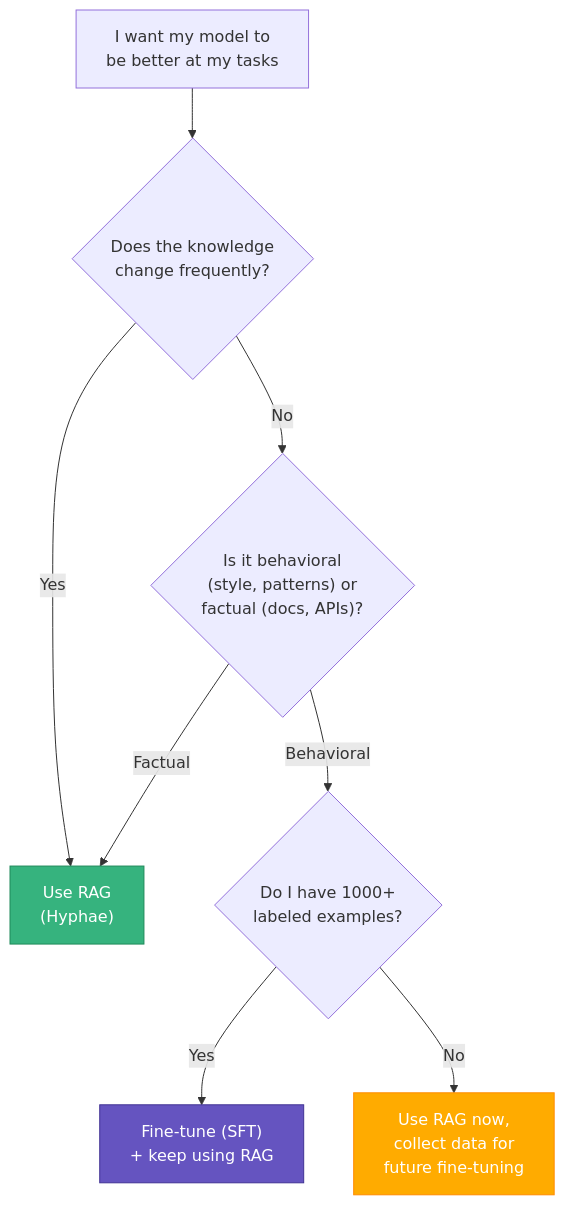
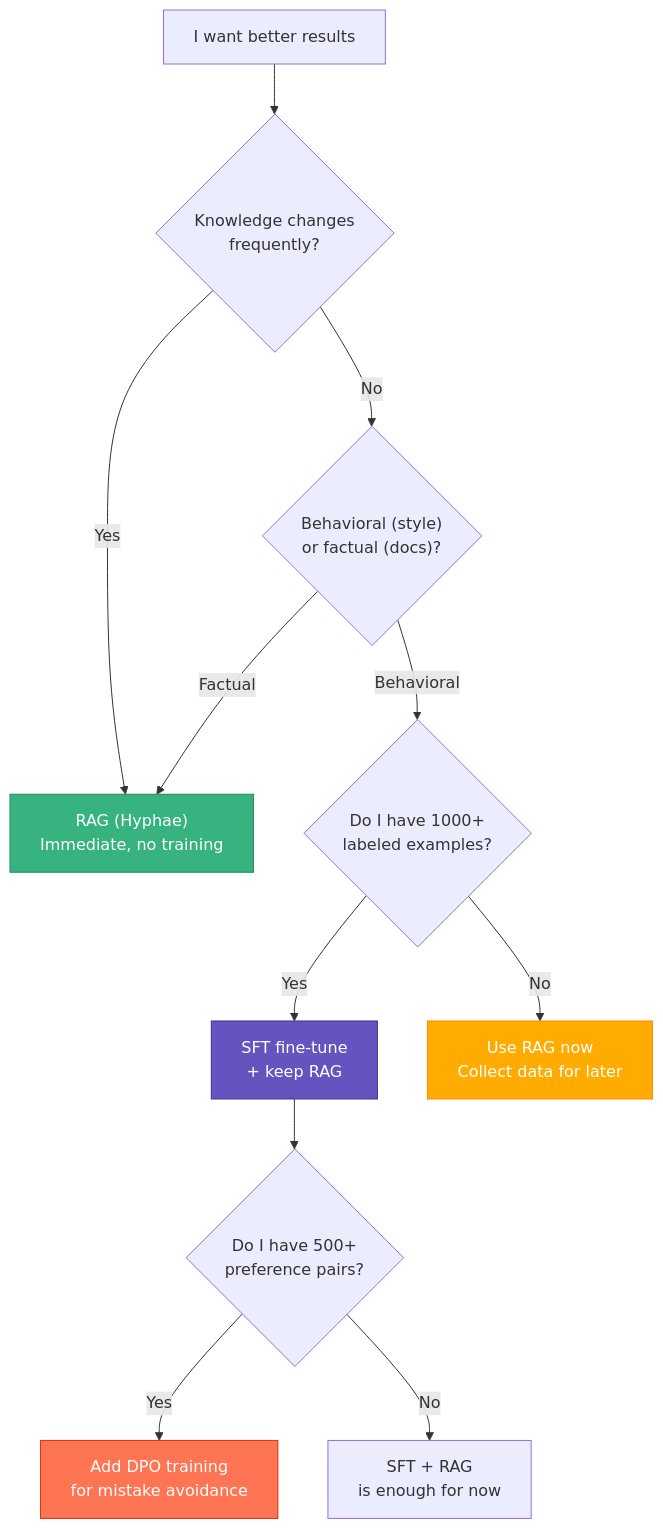
Before and after one commit to basidiocarp/.github: the sixth of 7 diagrams in docs/AI-CONCEPTS.md, drawn with Mermaid. The commit also changed other lines of this file, not shown here.

Commit message:
docs: clarify ML fundamentals, learning paradigms across training stages, DPO definition

````diff
--- a/docs/AI-CONCEPTS.md
+++ b/docs/AI-CONCEPTS.md
@@ -257,19 +307,24 @@
 ```mermaid
 flowchart TD
-    Start["I want my model to<br/>be better at my tasks"]
-    Q1{"Does the knowledge<br/>change frequently?"}
+    Start["I want better results"]
+    Q1{"Knowledge changes<br/>frequently?"}
     Q2{"Do I have 1000+<br/>labeled examples?"}
-    Q3{"Is it behavioral<br/>(style, patterns) or<br/>factual (docs, APIs)?"}
+    Q3{"Behavioral (style)<br/>or factual (docs)?"}
+    Q4{"Do I have 500+<br/>preference pairs?"}
 
     Start --> Q1
-    Q1 -->|"Yes"| RAG["Use RAG<br/>(Hyphae)"]
+    Q1 -->|"Yes"| RAG["RAG (Hyphae)<br/>Immediate, no training"]
     Q1 -->|"No"| Q3
     Q3 -->|"Factual"| RAG
     Q3 -->|"Behavioral"| Q2
-    Q2 -->|"Yes"| SFT["Fine-tune (SFT)<br/>+ keep using RAG"]
-    Q2 -->|"No"| Both["Use RAG now,<br/>collect data for<br/>future fine-tuning"]
+    Q2 -->|"Yes"| SFT["SFT fine-tune<br/>+ keep RAG"]
+    Q2 -->|"No"| Collect["Use RAG now<br/>Collect data for later"]
+    SFT --> Q4
+    Q4 -->|"Yes"| DPOStep["Add DPO training<br/>for mistake avoidance"]
+    Q4 -->|"No"| Done["SFT + RAG<br/>is enough for now"]
 
     style RAG fill:#36b37e,stroke:#1f8a5a,color:#fff
     style SFT fill:#6554c0,stroke:#403294,color:#fff
-    style Both fill:#ffab00,stroke:#ff8b00,color:#fff
+    style DPOStep fill:#ff7452,stroke:#de350b,color:#fff
+    style Collect fill:#ffab00,stroke:#ff8b00,color:#fff
 ```
````
